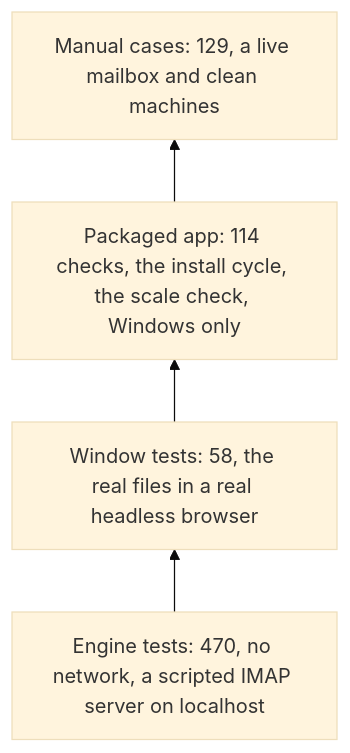
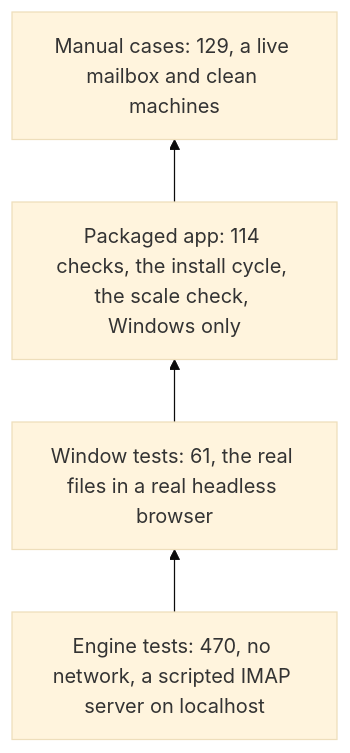
The first of 2 diagrams in docs/testing/strategy.md (SarangVehale/email-todolist), drawn with Mermaid (base theme) before and after one commit. The commit also changed other lines of this file and 13 other files, not shown here.

````diff
--- a/docs/testing/strategy.md
+++ b/docs/testing/strategy.md
@@ -24,6 +24,6 @@
 ```mermaid
 flowchart BT
-    E["Engine tests: 470, no network, a scripted IMAP server on localhost"] --> W["Window tests: 58, the real files in a real headless browser"]
+    E["Engine tests: 470, no network, a scripted IMAP server on localhost"] --> W["Window tests: 61, the real files in a real headless browser"]
     W --> P["Packaged app: 114 checks, the install cycle, the scale check, Windows only"]
     P --> M["Manual cases: 129, a live mailbox and clean machines"]
 ```
````
